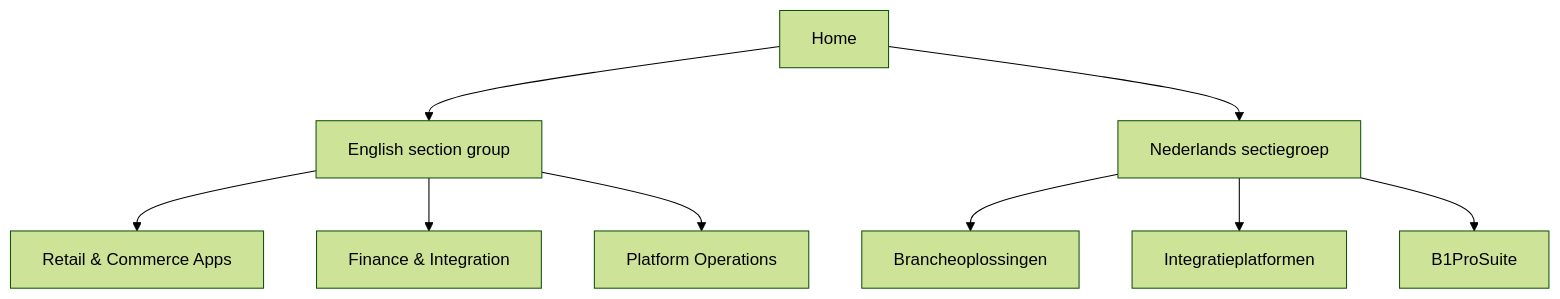
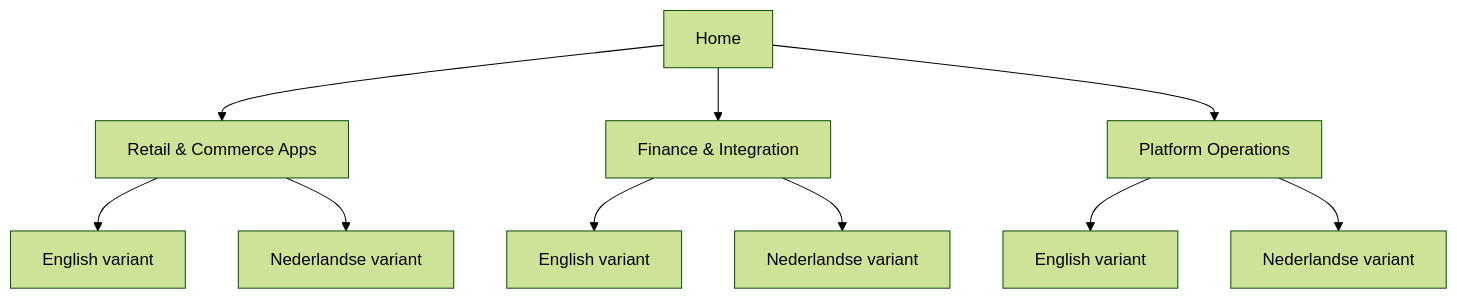
Before and after one commit to gitbook-demo-sites/aiden-demo-site-20260625: the diagram in home/README.md, drawn with Mermaid (forest theme). The commit also changed other lines of this file and 1 other file, not shown here.

Commit message:
Use variants for Aiden translations

````diff
--- a/home/README.md
+++ b/home/README.md
@@ -67,11 +67,12 @@
 ```mermaid
 flowchart TD
-    Home[Home] --> English[English section group]
-    Home --> Dutch[Nederlands sectiegroep]
-    English --> ENRetail[Retail & Commerce Apps]
-    English --> ENFinance[Finance & Integration]
-    English --> ENPlatform[Platform Operations]
-    Dutch --> NLRetail[Brancheoplossingen]
-    Dutch --> NLFinance[Integratieplatformen]
-    Dutch --> NLPlatform[B1ProSuite]
+    Home[Home] --> Retail[Retail & Commerce Apps]
+    Home --> Finance[Finance & Integration]
+    Home --> Platform[Platform Operations]
+    Retail --> RetailEN[English variant]
+    Retail --> RetailNL[Nederlandse variant]
+    Finance --> FinanceEN[English variant]
+    Finance --> FinanceNL[Nederlandse variant]
+    Platform --> PlatformEN[English variant]
+    Platform --> PlatformNL[Nederlandse variant]
 ```
````
